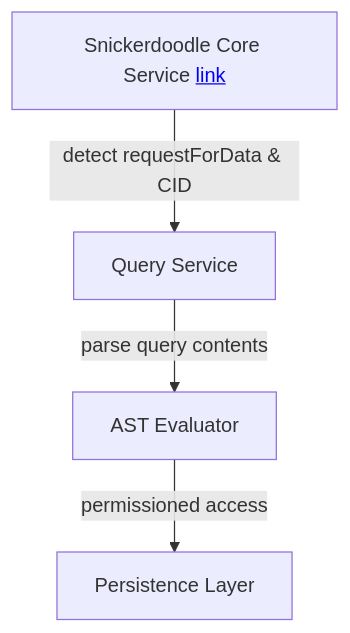
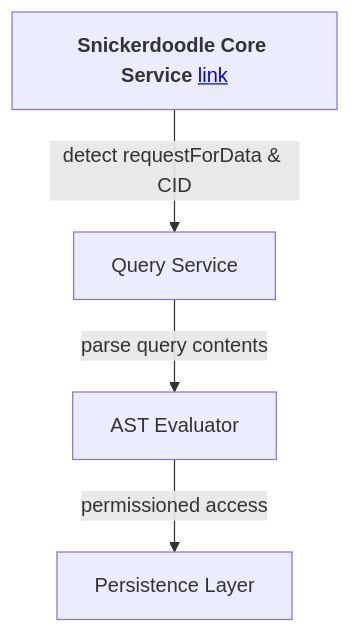
The first of 3 diagrams in documentation/sdql/QUERYNEGINE.md (SnickerdoodleLabs/protocol), drawn with Mermaid before and after one commit.

````diff
--- a/documentation/sdql/QUERYNEGINE.md
+++ b/documentation/sdql/QUERYNEGINE.md
@@ -15,11 +15,11 @@
 ```mermaid
 
 graph TD;
-    DW["Snickerdoodle Core Service" <a href='/packages/core/README.md'>link</a>]
+    DW[<b>Snickerdoodle Core Service</b> <a href='/packages/core/README.md'>link</a>]
     QR["Query Service"]
     ASTE["AST Evaluator"]
     PL["Persistence Layer"]
     DW-->|detect requestForData & CID|QR;
     QR-->|parse query contents|ASTE-->|permissioned access|PL;
     
 ```
````
